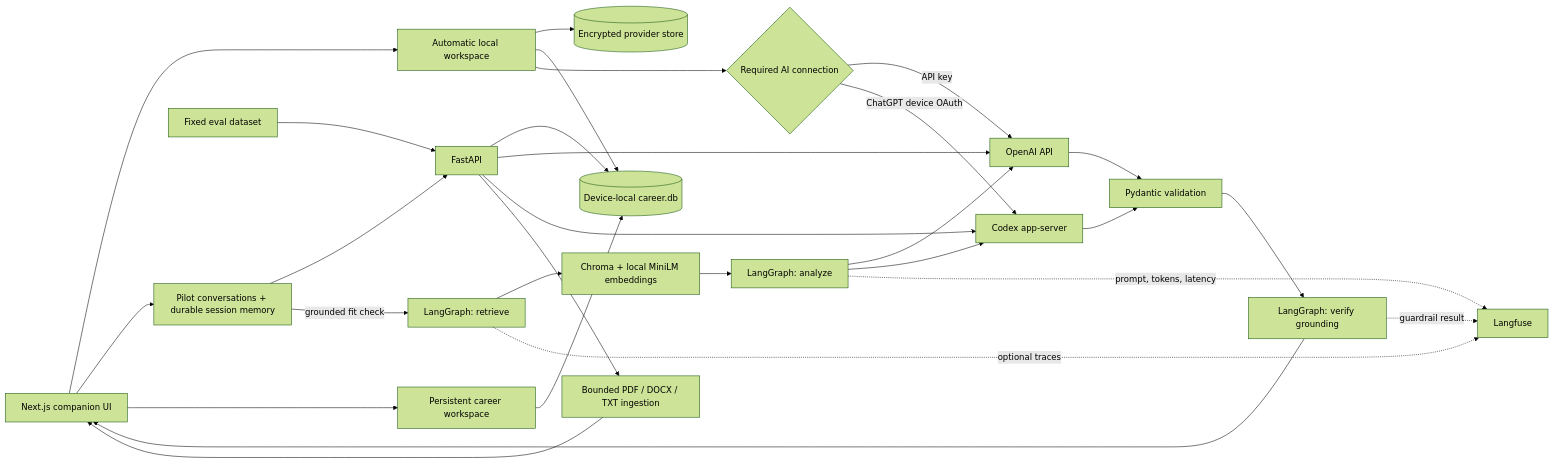
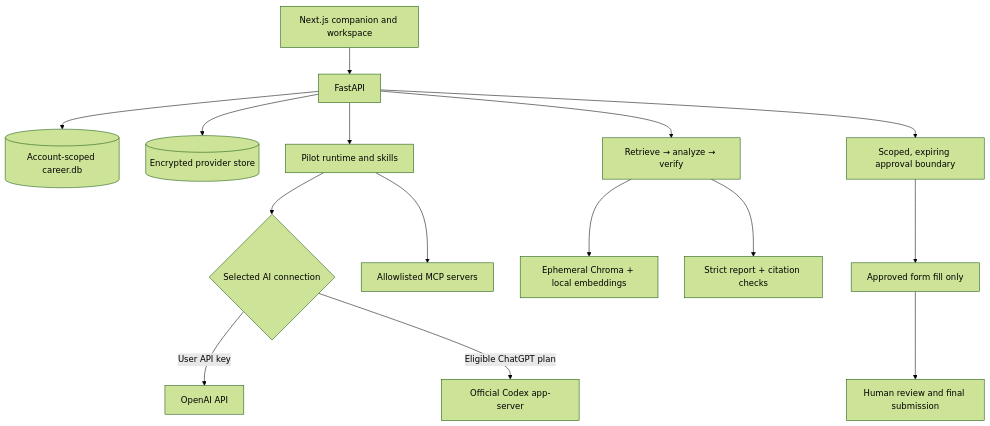
Before and after one commit to lololo-xiao/career-pilot: the second of 2 diagrams in README.md, drawn with Mermaid (forest theme). The commit also changed other lines of this file and 10 other files, not shown here.

Commit message:
docs: add meetup deck and product roadmap

````diff
--- a/README.md
+++ b/README.md
@@ -67,31 +98,17 @@
 ```mermaid
-flowchart LR
-    UI[Next.js companion UI] --> LOCAL[Automatic local workspace]
-    LOCAL --> DB[(Encrypted provider store)]
-    LOCAL --> ODB[(Device-local career.db)]
-    LOCAL --> SETTINGS{Required AI connection}
-    SETTINGS -->|API key| OA[OpenAI API]
-    SETTINGS -->|ChatGPT device OAuth| CX[Codex app-server]
-    UI --> CHAT["Pilot conversations + durable session memory"]
-    UI --> WORK["Persistent career workspace"]
-    WORK --> ODB
-    CHAT --> API[FastAPI]
-    API --> ODB
-    API --> OA
-    API --> CX
-    API --> IN["Bounded PDF / DOCX / TXT ingestion"]
-    IN --> UI
-    CHAT -->|grounded fit check| R["LangGraph: retrieve"]
-    R --> CH["Chroma + local MiniLM embeddings"]
-    CH --> A["LangGraph: analyze"]
-    A --> OA
-    A --> CX
-    OA --> PY[Pydantic validation]
-    CX --> PY
-    PY --> V["LangGraph: verify grounding"]
-    V --> UI
-    R -. optional traces .-> LF[Langfuse]
-    A -. prompt, tokens, latency .-> LF
-    V -. guardrail result .-> LF
-    EV[Fixed eval dataset] --> API
+flowchart TB
+    UI[Next.js companion and workspace] --> API[FastAPI]
+    API --> DB[(Account-scoped career.db)]
+    API --> AUTH[(Encrypted provider store)]
+    API --> PILOT[Pilot runtime and skills]
+    PILOT --> ROUTE{Selected AI connection}
+    ROUTE -->|User API key| OPENAI[OpenAI API]
+    ROUTE -->|Eligible ChatGPT plan| CODEX[Official Codex app-server]
+    PILOT --> MCP[Allowlisted MCP servers]
+    API --> MATCH[Retrieve → analyze → verify]
+    MATCH --> CHROMA[Ephemeral Chroma + local embeddings]
+    MATCH --> REPORT[Strict report + citation checks]
+    API --> APPROVAL[Scoped, expiring approval boundary]
+    APPROVAL --> FORM[Approved form fill only]
+    FORM --> HUMAN[Human review and final submission]
 ```
````
